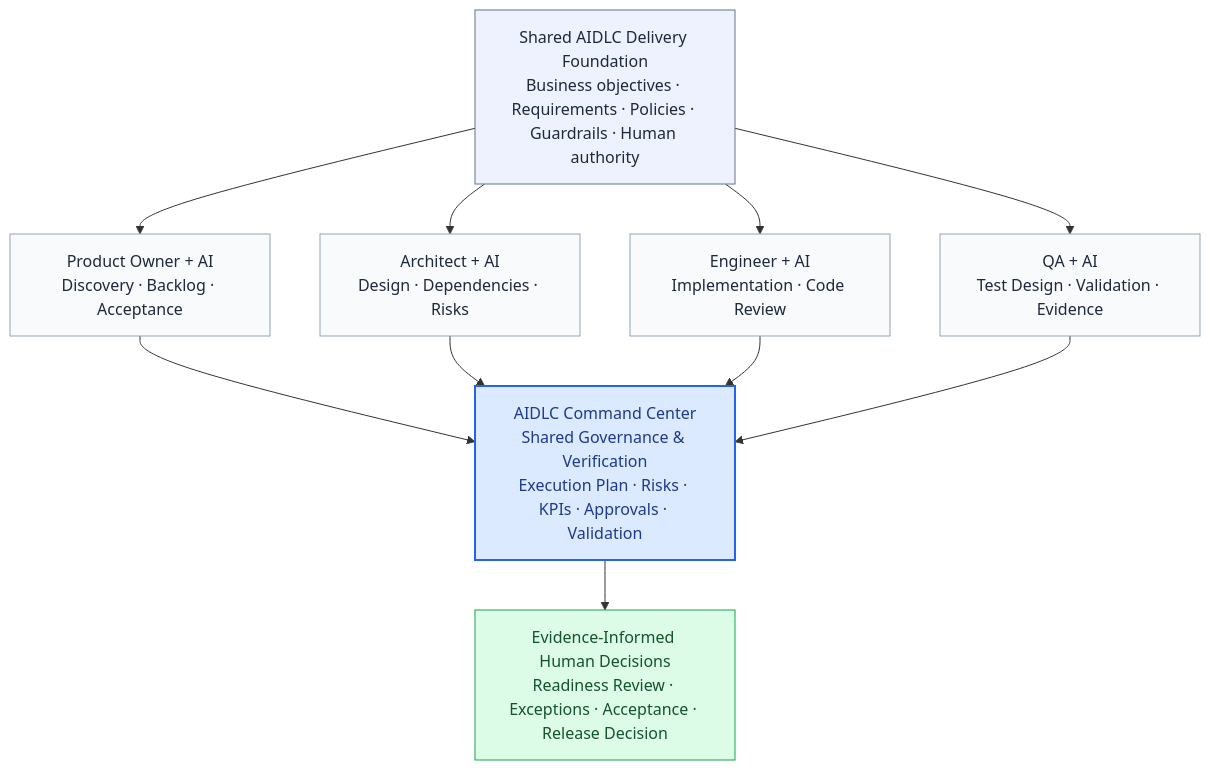
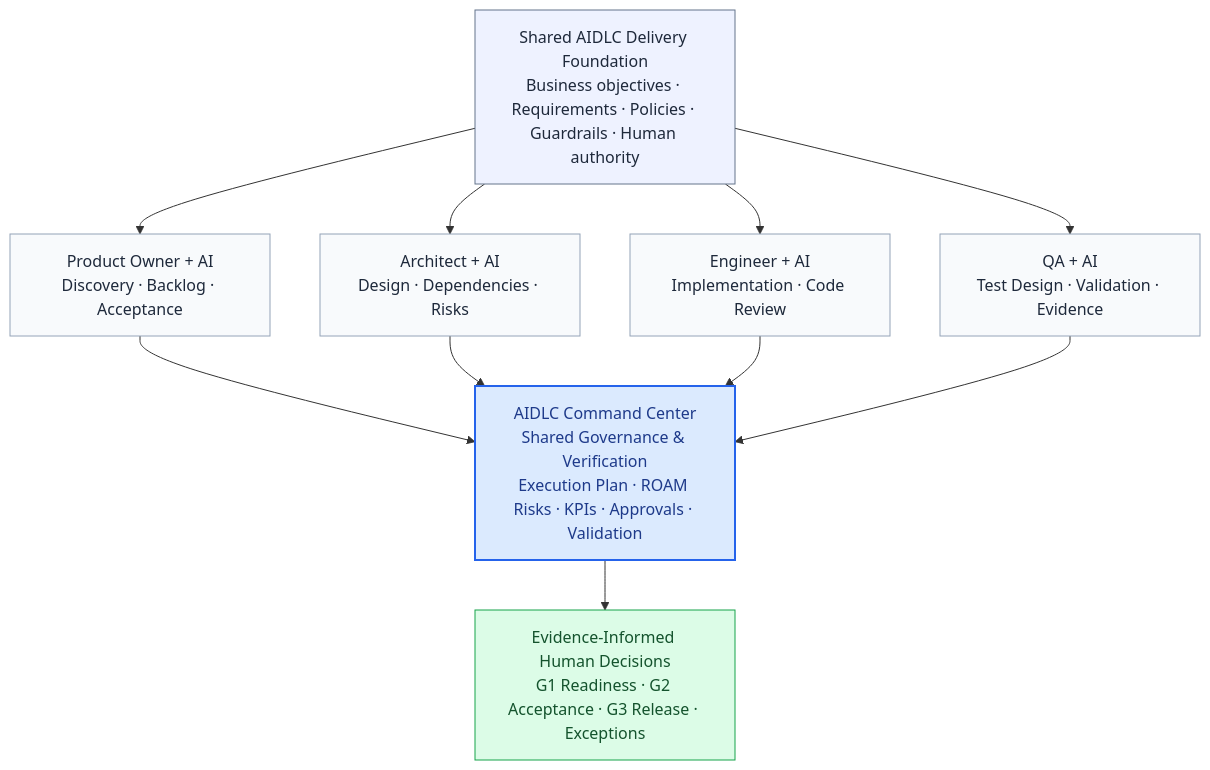
One commit to mdevi25/customerconnect-api changed the second of 3 diagrams in README.md. Above: the diagram before and after it, drawn with Mermaid. The commit also changed other lines of this file, not shown here.

````diff
--- a/README.md
+++ b/README.md
@@ -52,31 +70,31 @@
 ```mermaid
 flowchart TD
     A["Shared AIDLC Delivery Foundation<br/>Business objectives · Requirements · Policies · Guardrails · Human authority"]
 
     PO["Product Owner + AI<br/>Discovery · Backlog · Acceptance"]
     AR["Architect + AI<br/>Design · Dependencies · Risks"]
     EN["Engineer + AI<br/>Implementation · Code Review"]
     QA["QA + AI<br/>Test Design · Validation · Evidence"]
 
-    CC["AIDLC Command Center<br/>Shared Governance & Verification<br/>Execution Plan · Risks · KPIs · Approvals · Validation"]
-    HD["Evidence-Informed Human Decisions<br/>Readiness Review · Exceptions · Acceptance · Release Decision"]
+    CC["AIDLC Command Center<br/>Shared Governance & Verification<br/>Execution Plan · ROAM Risks · KPIs · Approvals · Validation"]
+    HD["Evidence-Informed Human Decisions<br/>G1 Readiness · G2 Acceptance · G3 Release · Exceptions"]
 
     A --> PO
     A --> AR
     A --> EN
     A --> QA
     PO --> CC
     AR --> CC
     EN --> CC
     QA --> CC
     CC --> HD
 
     classDef foundation fill:#eef2ff,stroke:#64748b,color:#1e293b
     classDef role fill:#f8fafc,stroke:#94a3b8,color:#1e293b
     classDef control fill:#dbeafe,stroke:#2563eb,stroke-width:2px,color:#1e3a8a
     classDef decision fill:#dcfce7,stroke:#16a34a,color:#14532d
     class A foundation
     class PO,AR,EN,QA role
     class CC control
     class HD decision
 ```
````
